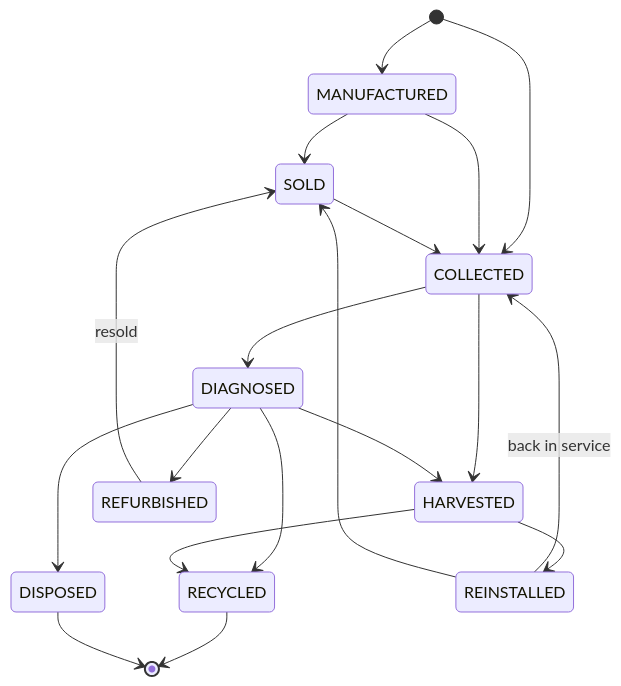
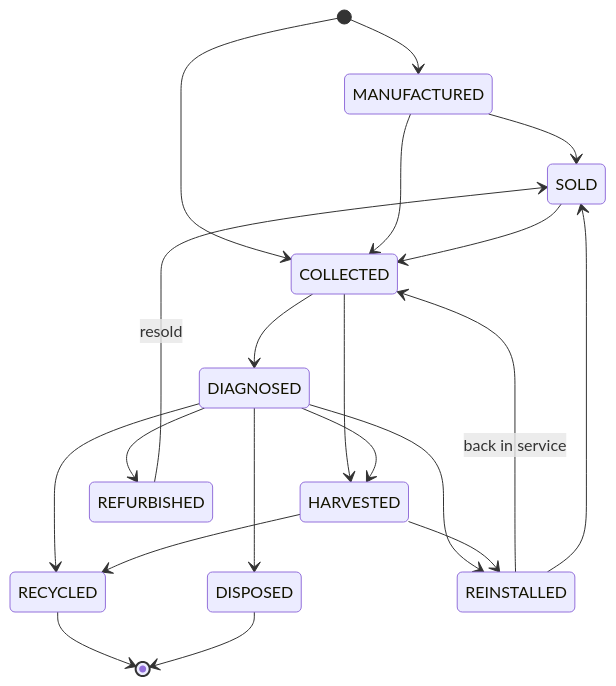
One commit to Rohithpranov07/ReCircuit changed the second of 3 diagrams in docs/ReCircuit_PRD.md. Above: the diagram before and after it, drawn with Mermaid. The commit also changed other lines of this file and 2 other files, not shown here.

````diff
--- a/docs/ReCircuit_PRD.md
+++ b/docs/ReCircuit_PRD.md
@@ -492,21 +492,22 @@
 ```mermaid
 stateDiagram-v2
   [*] --> MANUFACTURED
   [*] --> COLLECTED
   MANUFACTURED --> SOLD
   MANUFACTURED --> COLLECTED
   SOLD --> COLLECTED
   COLLECTED --> DIAGNOSED
   COLLECTED --> HARVESTED
   DIAGNOSED --> REFURBISHED
   DIAGNOSED --> HARVESTED
   DIAGNOSED --> RECYCLED
   DIAGNOSED --> DISPOSED
+  DIAGNOSED --> REINSTALLED
   REFURBISHED --> SOLD: resold
   HARVESTED --> REINSTALLED
   REINSTALLED --> COLLECTED: back in service
   REINSTALLED --> SOLD
   HARVESTED --> RECYCLED
   RECYCLED --> [*]
   DISPOSED --> [*]
 ```
````
